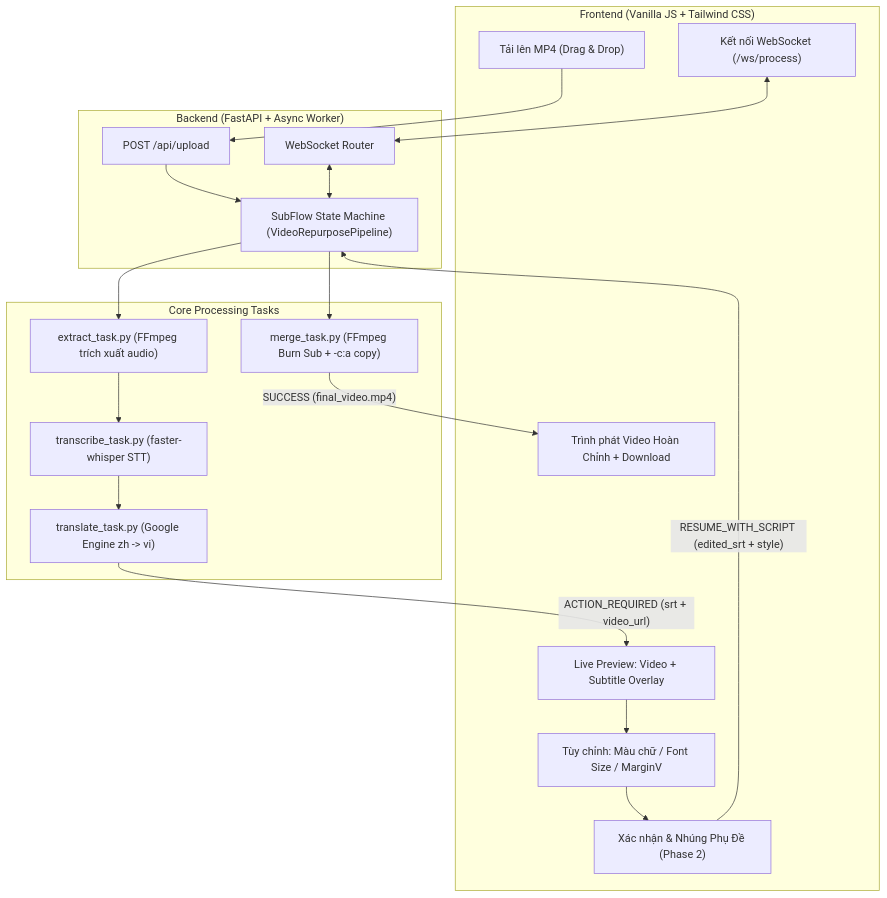
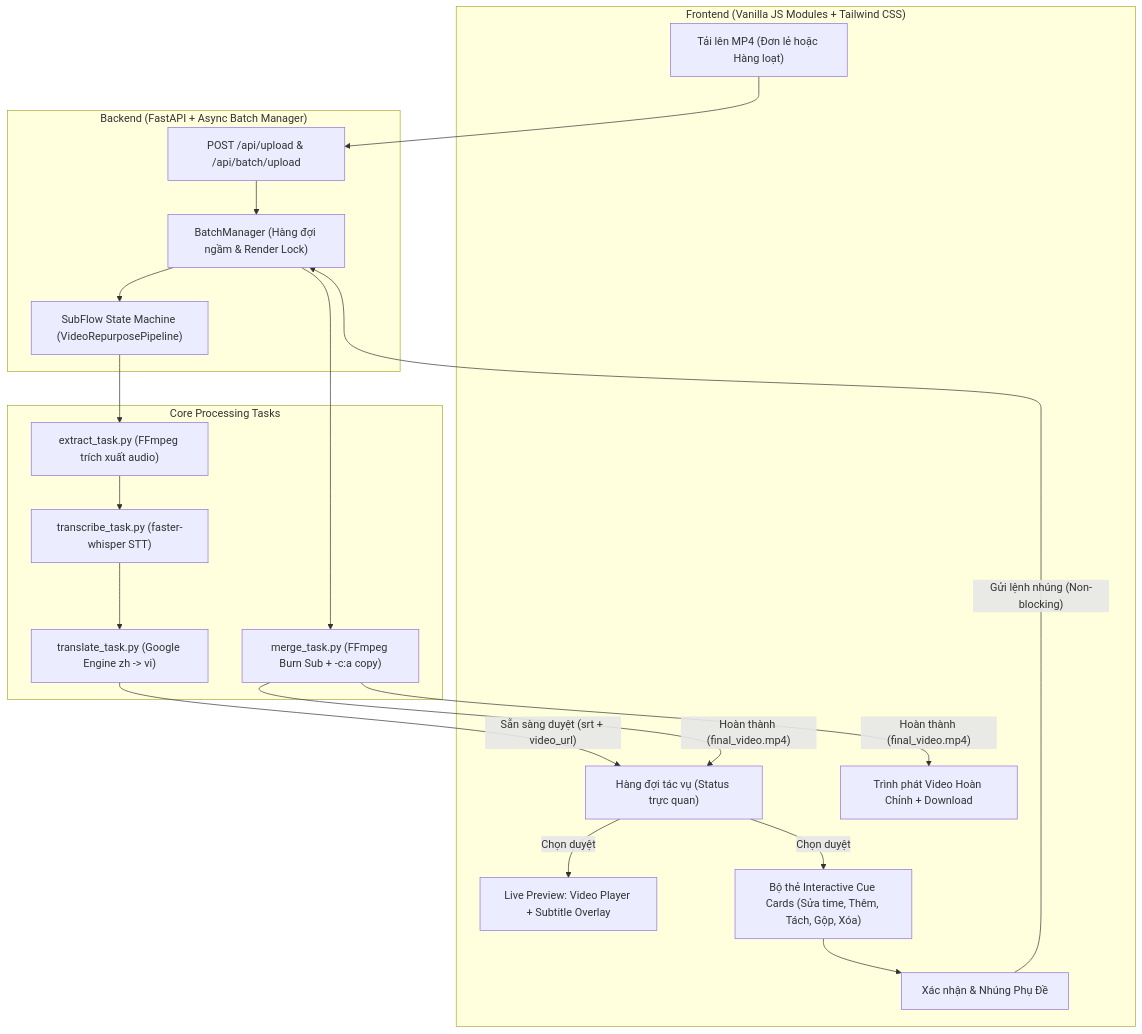
Before and after one commit to whiskeeyy/subflow-ai: the diagram in README.md, drawn with Mermaid. The commit also changed other lines of this file and 2 other files, not shown here.

Commit message:
docs: update architecture, API reference, and README with non-blocking queue and cue editor features

````diff
--- a/README.md
+++ b/README.md
@@ -43,33 +45,34 @@
 ```mermaid
 flowchart TD
-    subgraph Client ["Frontend (Vanilla JS + Tailwind CSS)"]
-        UI_Upload["Tải lên MP4 (Drag & Drop)"]
-        UI_WS["Kết nối WebSocket (/ws/process)"]
-        UI_Preview["Live Preview: Video + Subtitle Overlay"]
-        UI_Controls["Tùy chỉnh: Màu chữ / Font Size / MarginV"]
-        UI_Confirm["Xác nhận & Nhúng Phụ Đề (Phase 2)"]
+    subgraph Client ["Frontend (Vanilla JS Modules + Tailwind CSS)"]
+        UI_Upload["Tải lên MP4 (Đơn lẻ hoặc Hàng loạt)"]
+        UI_Queue["Hàng đợi tác vụ (Status trực quan)"]
+        UI_Preview["Live Preview: Video Player + Subtitle Overlay"]
+        UI_Editor["Bộ thẻ Interactive Cue Cards (Sửa time, Thêm, Tách, Gộp, Xóa)"]
+        UI_Confirm["Xác nhận & Nhúng Phụ Đề"]
         UI_Result["Trình phát Video Hoàn Chỉnh + Download"]
     end
 
-    subgraph Server ["Backend (FastAPI + Async Worker)"]
-        API_Upload["POST /api/upload"]
-        WS_Router["WebSocket Router"]
+    subgraph Server ["Backend (FastAPI + Async Batch Manager)"]
+        API_Upload["POST /api/upload & /api/batch/upload"]
+        BM["BatchManager (Hàng đợi ngầm & Render Lock)"]
         WF["SubFlow State Machine (VideoRepurposePipeline)"]
     end
 
     subgraph Tasks ["Core Processing Tasks"]
         T_Extract["extract_task.py (FFmpeg trích xuất audio)"]
         T_STT["transcribe_task.py (faster-whisper STT)"]
         T_Trans["translate_task.py (Google Engine zh -> vi)"]
         T_Burn["merge_task.py (FFmpeg Burn Sub + -c:a copy)"]
     end
 
-    UI_Upload --> API_Upload --> WF
-    UI_WS <--> WS_Router <--> WF
+    UI_Upload --> API_Upload --> BM
+    BM --> WF
     WF --> T_Extract --> T_STT --> T_Trans
-    T_Trans -- "ACTION_REQUIRED (srt + video_url)" --> UI_Preview
-    UI_Preview --> UI_Controls --> UI_Confirm
-    UI_Confirm -- "RESUME_WITH_SCRIPT (edited_srt + style)" --> WF
-    WF --> T_Burn
-    T_Burn -- "SUCCESS (final_video.mp4)" --> UI_Result
+    T_Trans -- "Sẵn sàng duyệt (srt + video_url)" --> UI_Queue
+    UI_Queue -- "Chọn duyệt" --> UI_Preview & UI_Editor
+    UI_Editor --> UI_Confirm
+    UI_Confirm -- "Gửi lệnh nhúng (Non-blocking)" --> BM
+    BM --> T_Burn
+    T_Burn -- "Hoàn thành (final_video.mp4)" --> UI_Result & UI_Queue
 ```
````
